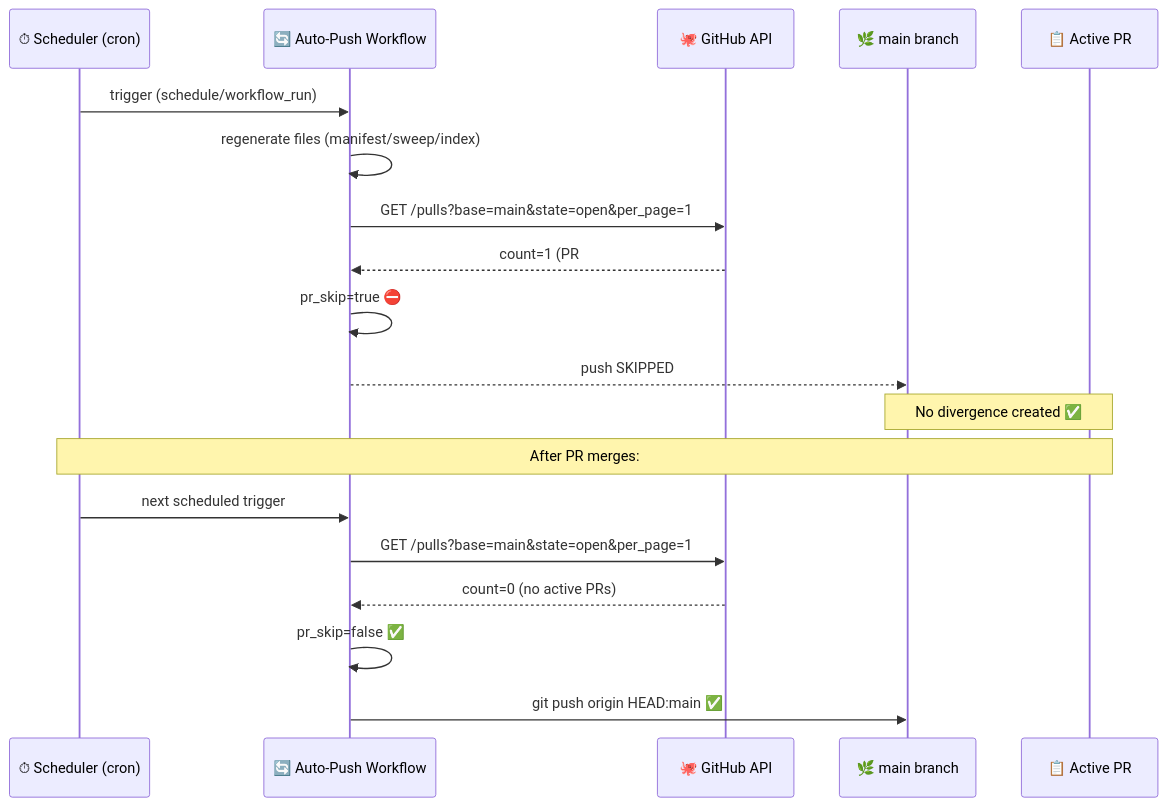
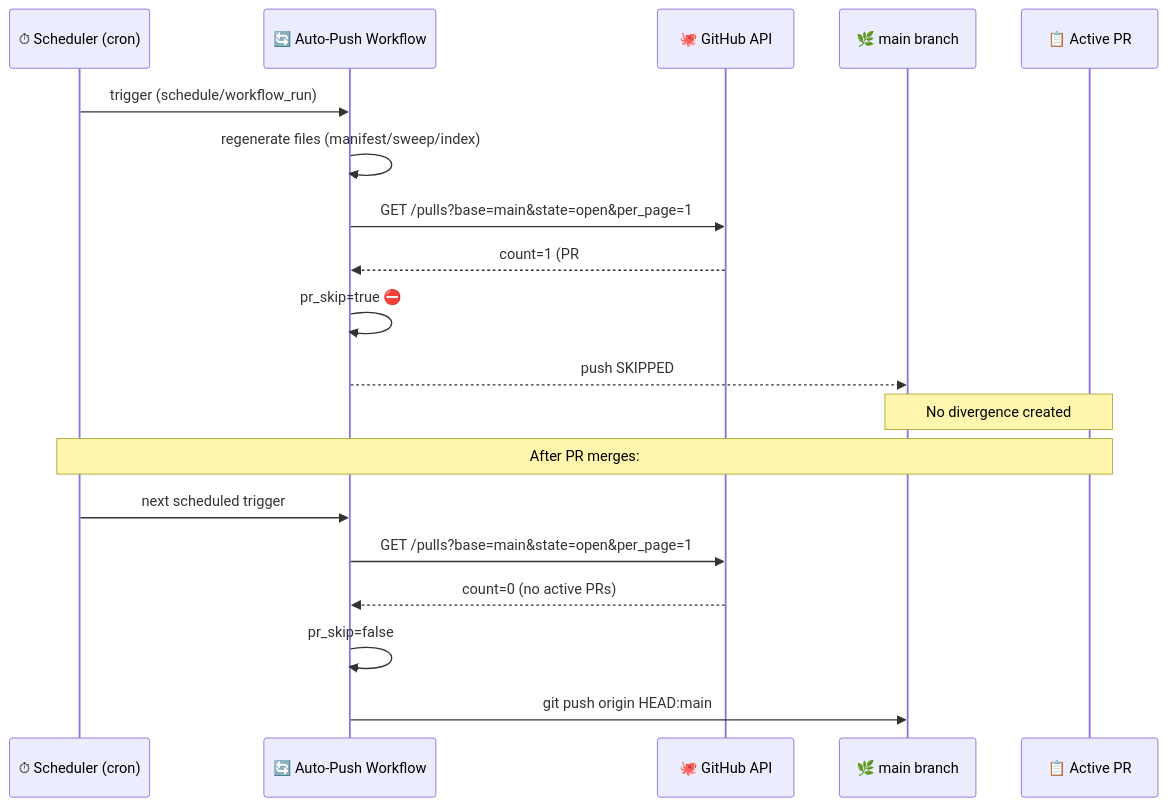
One commit to Aries-Serpent/_codex_ changed diagram 28 of 28 in docs/sessions/PR4289_session_diagram.md. Above: the diagram before and after it, drawn with Mermaid. The commit also changed other lines of this file and 2029 other files, not shown here.

````diff
--- a/docs/sessions/PR4289_session_diagram.md
+++ b/docs/sessions/PR4289_session_diagram.md
@@ -1293,24 +1295,24 @@
 ```mermaid
 %%{init: {'accessibility': {'title': 'Sequence Diagram: >>Workflow: count=1 (PR #4289 '}}%%
 sequenceDiagram
     participant Scheduler as ⏱ Scheduler (cron)
     participant Workflow as 🔄 Auto-Push Workflow
     participant GH_API as 🐙 GitHub API
     participant Main as 🌿 main branch
     participant PR as 📋 Active PR
 
     Scheduler->>Workflow: trigger (schedule/workflow_run)
     Workflow->>Workflow: regenerate files (manifest/sweep/index)
     Workflow->>GH_API: GET /pulls?base=main&state=open&per_page=1
     GH_API-->>Workflow: count=1 (PR #4289 is open)
     Workflow->>Workflow: pr_skip=true ⛔
     Workflow-->>Main: push SKIPPED
-    note over PR,Main: No divergence created ✅
+    note over PR,Main: No divergence created 
 
     note over Scheduler,PR: After PR merges:
     Scheduler->>Workflow: next scheduled trigger
     Workflow->>GH_API: GET /pulls?base=main&state=open&per_page=1
     GH_API-->>Workflow: count=0 (no active PRs)
-    Workflow->>Workflow: pr_skip=false ✅
-    Workflow->>Main: git push origin HEAD:main ✅
+    Workflow->>Workflow: pr_skip=false 
+    Workflow->>Main: git push origin HEAD:main 
 ```
````
